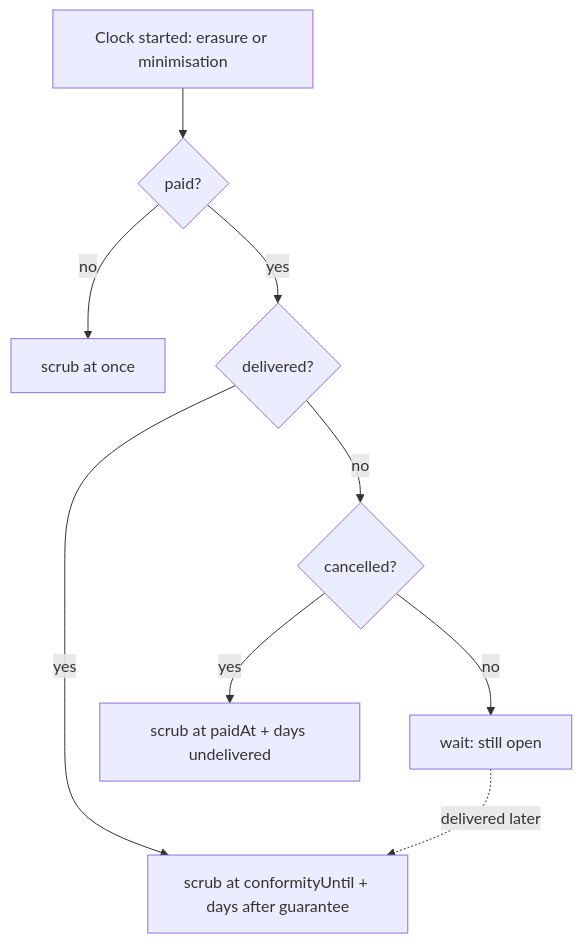
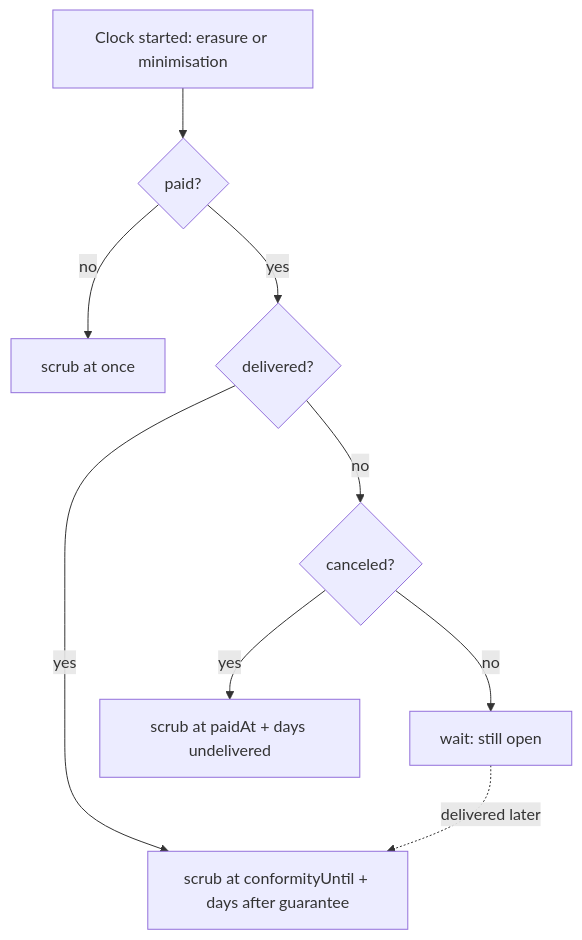
Before and after one commit to Guebbit/boilerplate-node-backend: the second of 6 diagrams in docs/theory/data-retention.md, drawn with Mermaid. The commit also changed other lines of this file and 301 other files, not shown here.

````diff
--- a/docs/theory/data-retention.md
+++ b/docs/theory/data-retention.md
@@ -78,11 +78,11 @@
 ```mermaid
 flowchart TD
     A[Clock started: erasure or minimisation] --> B{paid?}
     B -- no --> N[scrub at once]
     B -- yes --> C{delivered?}
     C -- yes --> D[scrub at conformityUntil + days after guarantee]
-    C -- no --> E{cancelled?}
+    C -- no --> E{canceled?}
     E -- yes --> F[scrub at paidAt + days undelivered]
     E -- no --> G[wait: still open]
     G -. delivered later .-> D
 ```
````
